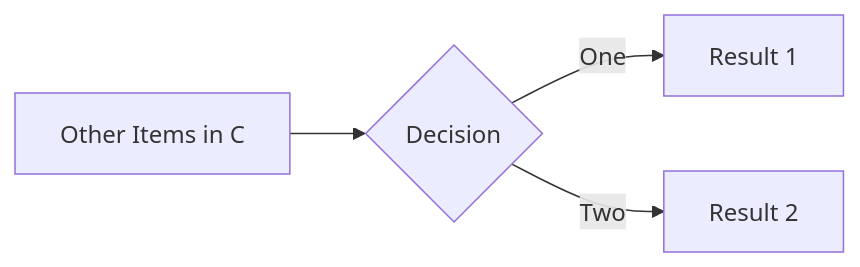
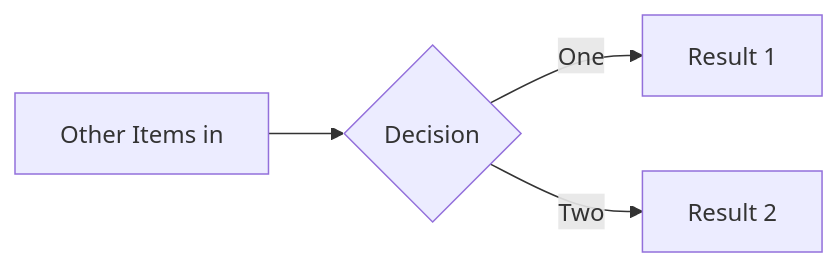
The diagram in slides.md (gerbssusd/dok), drawn with Mermaid before and after one commit.

````diff
--- a/slides.md
+++ b/slides.md
@@ -217,6 +217,6 @@
 ```mermaid {theme: 'neutral', scale: 0.8}
 graph LR
-B[Other Items in C] --> C{Decision}
+B[Other Items in] --> C{Decision}
 C -->|One| D[Result 1]
 C -->|Two| E[Result 2]
 ```
````
